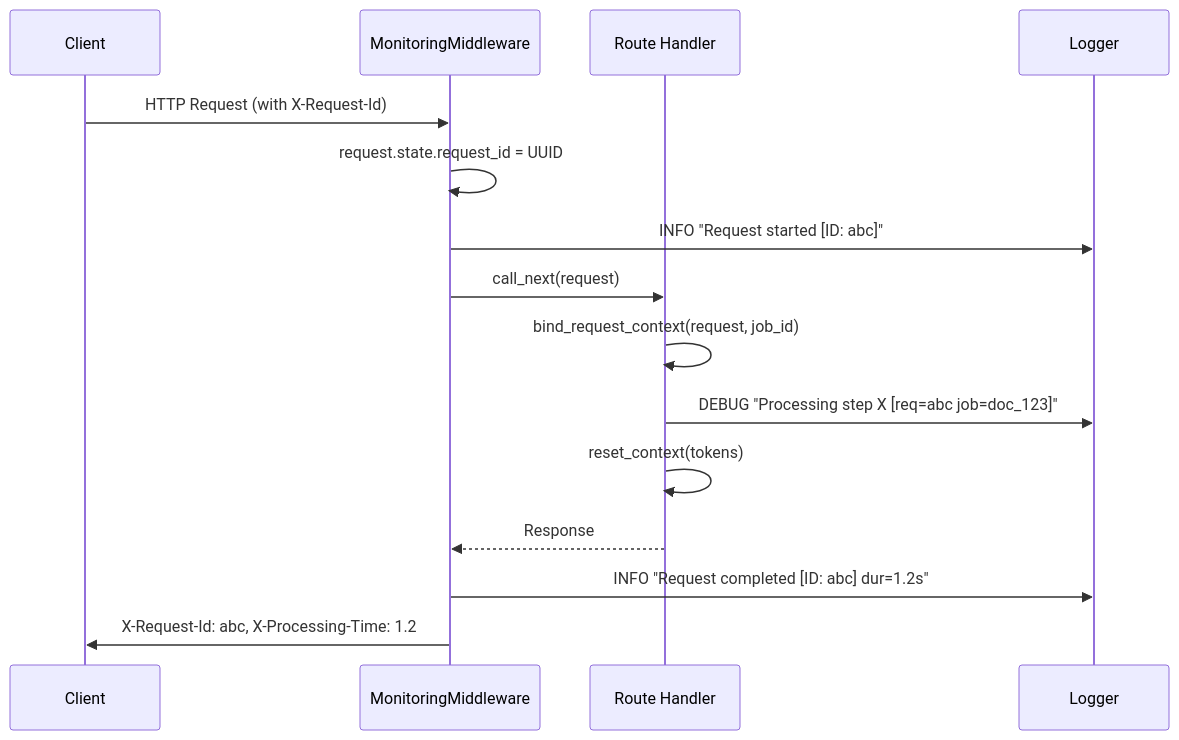
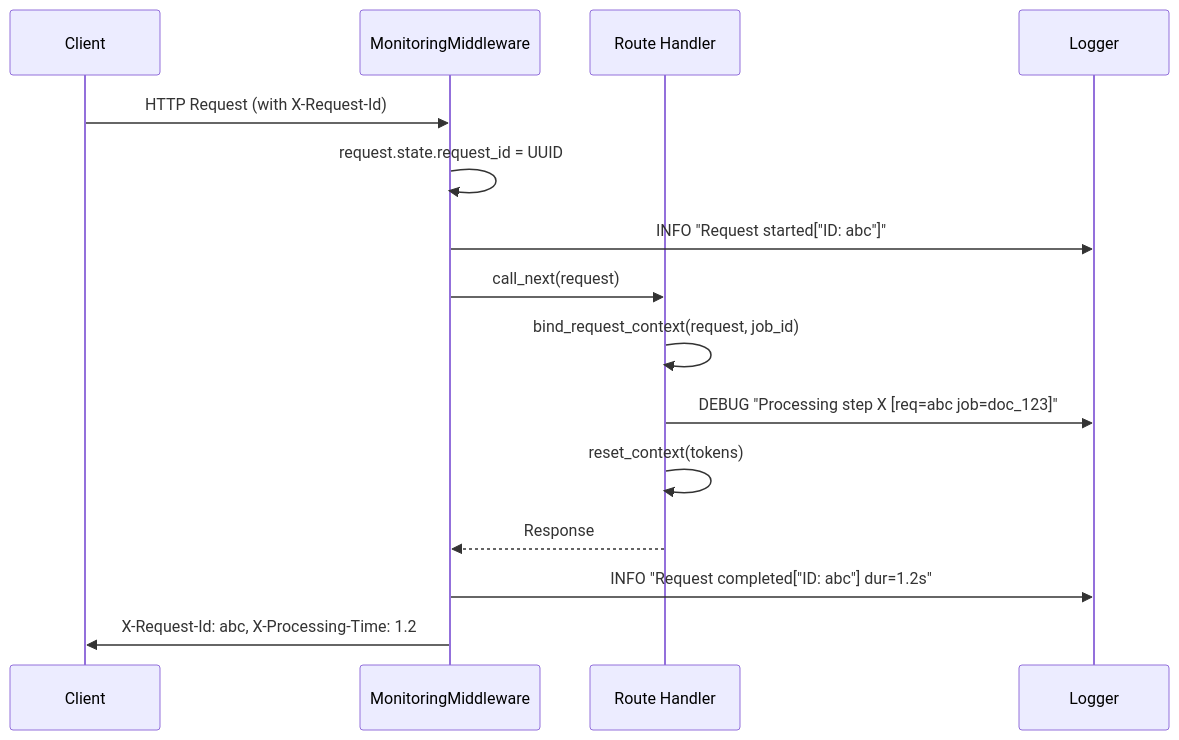
One commit to rohitkumarnaidu/ScholarFormAI changed the fourth of 5 diagrams in docs/MONITORING_OBSERVABILITY.md. Above: the diagram before and after it, drawn with Mermaid. The commit also changed other lines of this file and 73 other files, not shown here.

First line of the commit message:
docs: enterprise-level markdown upgrade with Mermaid diagrams

````diff
--- a/docs/MONITORING_OBSERVABILITY.md
+++ b/docs/MONITORING_OBSERVABILITY.md
@@ -462,20 +472,20 @@
 ```mermaid
 sequenceDiagram
     participant Client
     participant MW as MonitoringMiddleware
     participant Route as Route Handler
     participant Logger
 
     Client->>MW: HTTP Request (with X-Request-Id)
     MW->>MW: request.state.request_id = UUID
-    MW->>Logger: INFO "Request started [ID: abc]"
+    MW->>Logger: INFO "Request started["ID: abc"]"
 
     MW->>Route: call_next(request)
     Route->>Route: bind_request_context(request, job_id)
     Route->>Logger: DEBUG "Processing step X [req=abc job=doc_123]"
     Route->>Route: reset_context(tokens)
     Route-->>MW: Response
 
-    MW->>Logger: INFO "Request completed [ID: abc] dur=1.2s"
+    MW->>Logger: INFO "Request completed["ID: abc"] dur=1.2s"
     MW->>Client: X-Request-Id: abc, X-Processing-Time: 1.2
 ```
````
